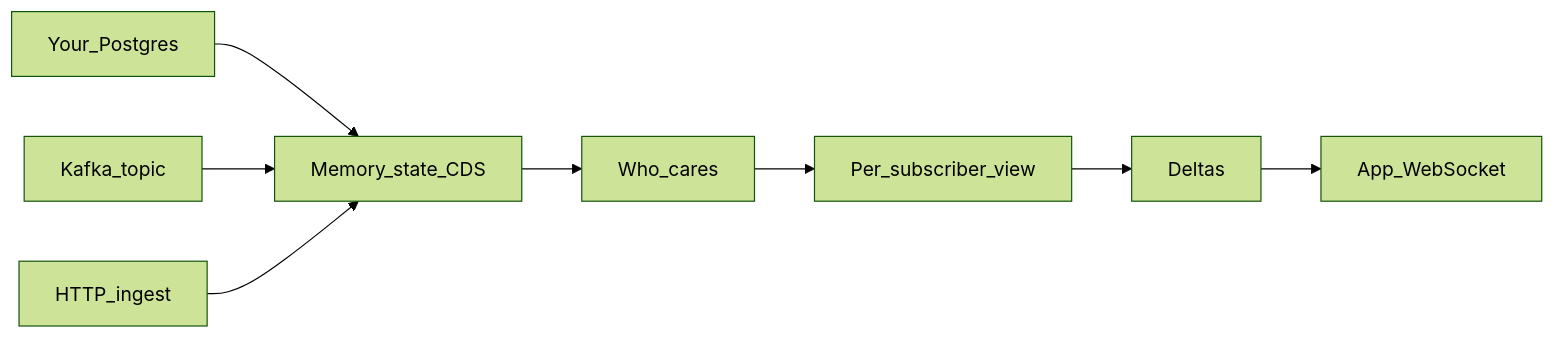
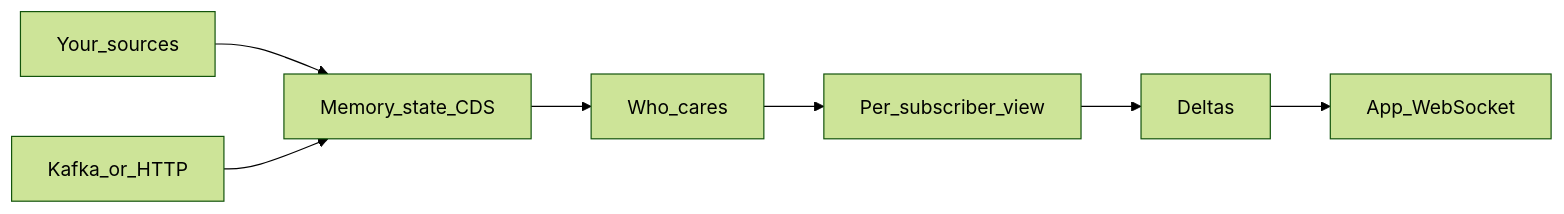
The diagram in README.md (VinyaAI/SubState), drawn with Mermaid (forest theme) before and after one commit. The commit also changed other lines of this file and 8 other files, not shown here.

````diff
--- a/README.md
+++ b/README.md
@@ -33,10 +38,9 @@
 ```mermaid
 flowchart LR
-  pg[Your_Postgres] --> cds[Memory_state_CDS]
-  kafka[Kafka_topic] --> cds
-  ingest[HTTP_ingest] --> cds
+  pg[Your_sources] --> cds[Memory_state_CDS]
+  kafka[Kafka_or_HTTP] --> cds
   cds --> idx[Who_cares]
   idx --> us[Per_subscriber_view]
   us --> deltas[Deltas]
   deltas --> ws[App_WebSocket]
 ```
````
